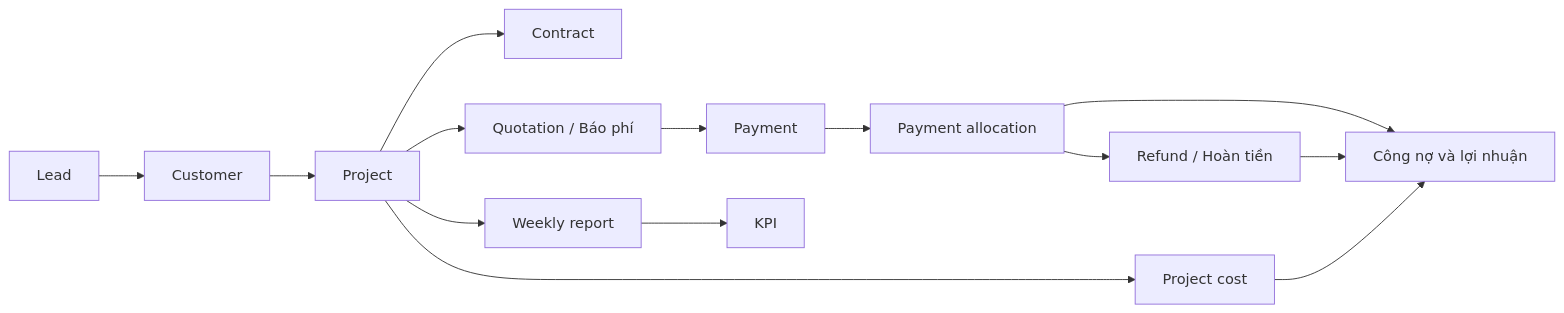
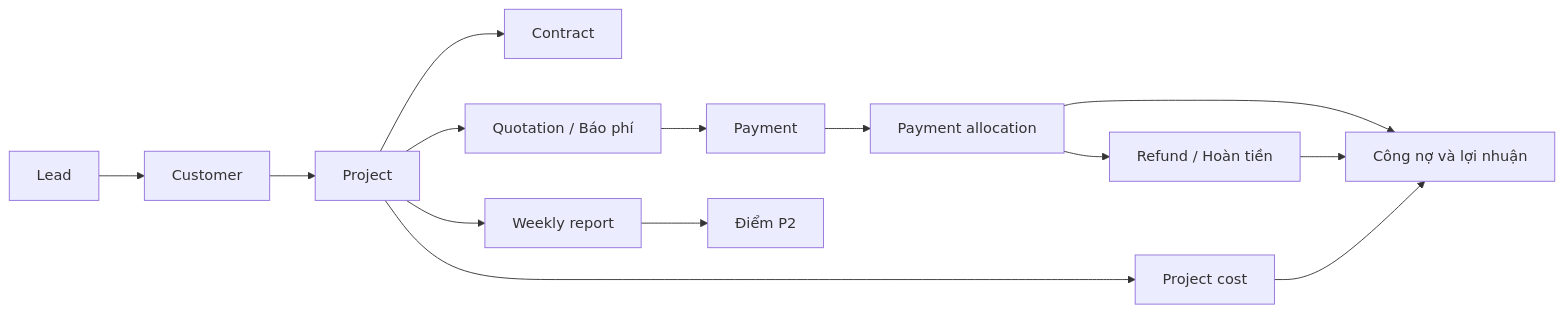
Before and after one commit to vanpham1499/x3-crm: the first of 2 diagrams in README.md, drawn with Mermaid. The commit also changed other lines of this file and 86 other files, not shown here.

````diff
--- a/README.md
+++ b/README.md
@@ -199,16 +243,16 @@
 ```mermaid
 flowchart LR
     A["Lead"] --> B["Customer"]
     B --> C["Project"]
     C --> D["Contract"]
     C --> E["Quotation / Báo phí"]
     C --> F["Weekly report"]
     E --> G["Payment"]
     G --> H["Payment allocation"]
     H --> I["Refund / Hoàn tiền"]
     C --> J["Project cost"]
-    F --> K["KPI"]
+    F --> K["Điểm P2"]
     H --> L["Công nợ và lợi nhuận"]
     I --> L
     J --> L
 ```
````
